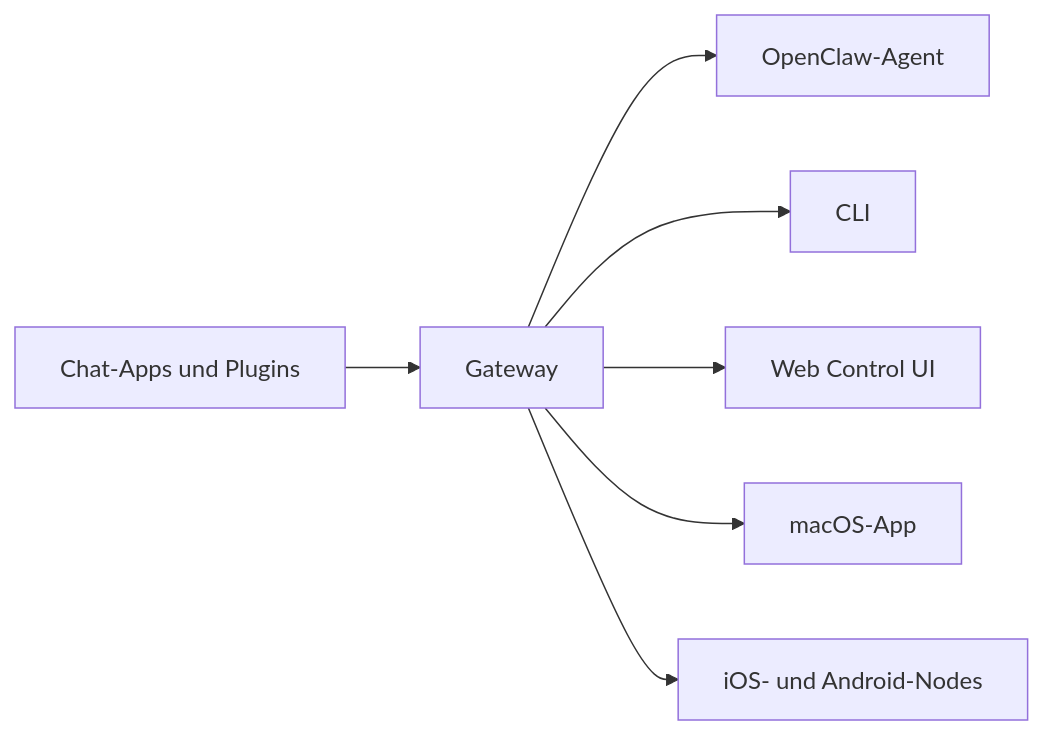
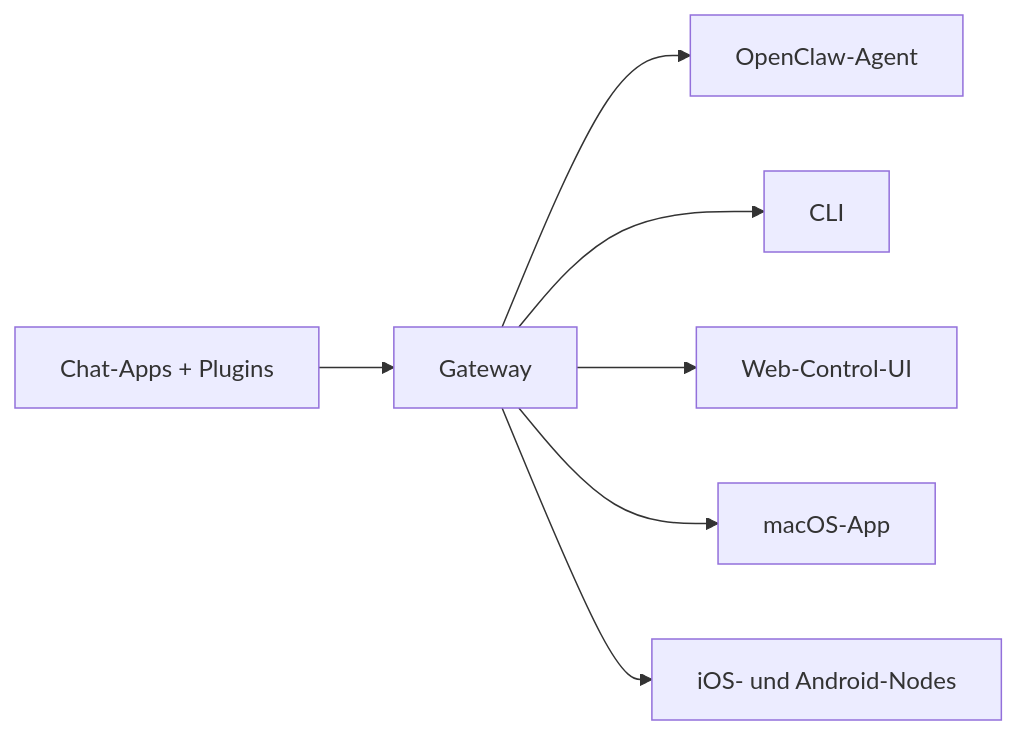
The diagram in docs/de/index.md (openclaw/docs), drawn with Mermaid before and after one commit. The commit also changed other lines of this file and 6121 other files, not shown here.

````diff
--- a/docs/de/index.md
+++ b/docs/de/index.md
@@ -113,9 +114,9 @@
 ```mermaid
 flowchart LR
-  A["Chat-Apps und Plugins"] --> B["Gateway"]
+  A["Chat-Apps + Plugins"] --> B["Gateway"]
   B --> C["OpenClaw-Agent"]
   B --> D["CLI"]
-  B --> E["Web Control UI"]
+  B --> E["Web-Control-UI"]
   B --> F["macOS-App"]
   B --> G["iOS- und Android-Nodes"]
 ```
````
